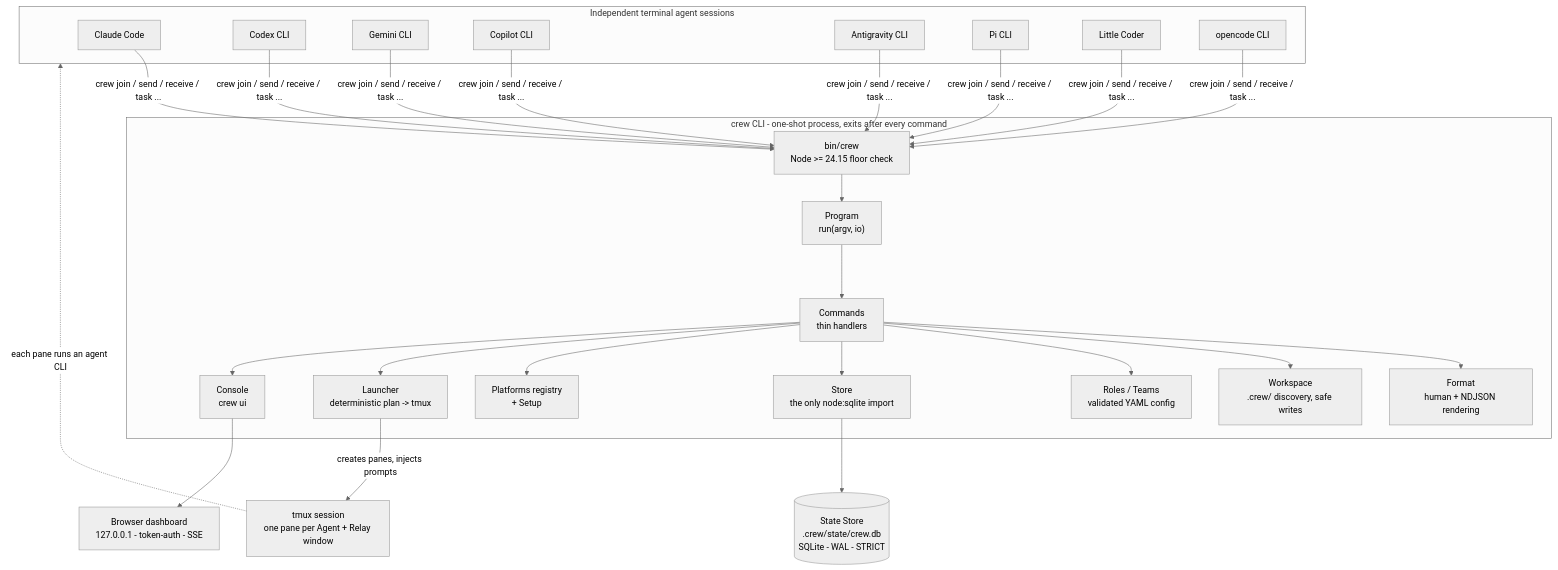
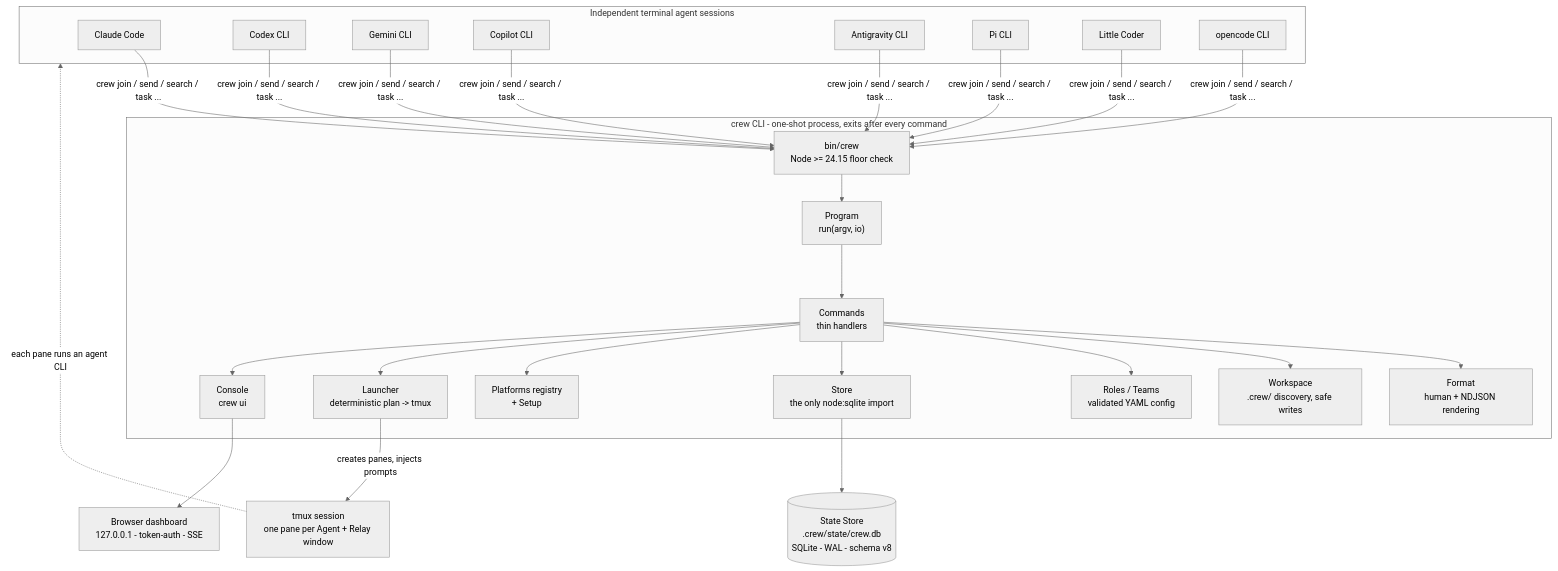
The diagram in README.md (dichovsky/crew), drawn with Mermaid (neutral theme) before and after one commit. The commit also changed other lines of this file and 35 other files, not shown here.

````diff
--- a/README.md
+++ b/README.md
@@ -192,44 +210,44 @@
 ```mermaid
 flowchart TB
     subgraph agents["Independent terminal agent sessions"]
         A1["Claude Code"]
         A2["Codex CLI"]
         A3["Gemini CLI"]
         A4["Copilot CLI"]
         A5["Antigravity CLI"]
         A6["Pi CLI"]
         A7["Little Coder"]
         A8["opencode CLI"]
     end
 
     subgraph crewcli["crew CLI - one-shot process, exits after every command"]
         BIN["bin/crew<br/>Node >= 24.15 floor check"]
         RUN["Program<br/>run(argv, io)"]
         CMD["Commands<br/>thin handlers"]
         FMT["Format<br/>human + NDJSON rendering"]
         WS["Workspace<br/>.crew/ discovery, safe writes"]
         STORE["Store<br/>the only node:sqlite import"]
         RT["Roles / Teams<br/>validated YAML config"]
         PLAT["Platforms registry<br/>+ Setup"]
         LNCH["Launcher<br/>deterministic plan -> tmux"]
         UI["Console<br/>crew ui"]
     end
 
-    DB[("State Store<br/>.crew/state/crew.db<br/>SQLite - WAL - STRICT")]
+    DB[("State Store<br/>.crew/state/crew.db<br/>SQLite - WAL - schema v8")]
     TMUX["tmux session<br/>one pane per Agent + Relay window"]
     BROWSER["Browser dashboard<br/>127.0.0.1 - token-auth - SSE"]
 
-    A1 & A2 & A3 & A4 & A5 & A6 & A7 & A8 -- "crew join / send / receive / task ..." --> BIN
+    A1 & A2 & A3 & A4 & A5 & A6 & A7 & A8 -- "crew join / send / search / task ..." --> BIN
     BIN --> RUN --> CMD
     CMD --> FMT
     CMD --> WS
     CMD --> RT
     CMD --> STORE
     CMD --> PLAT
     CMD --> LNCH
     CMD --> UI
     STORE --> DB
     LNCH -- "creates panes, injects prompts" --> TMUX
     TMUX -. "each pane runs an agent CLI" .-> agents
     UI --> BROWSER
 ```
````
